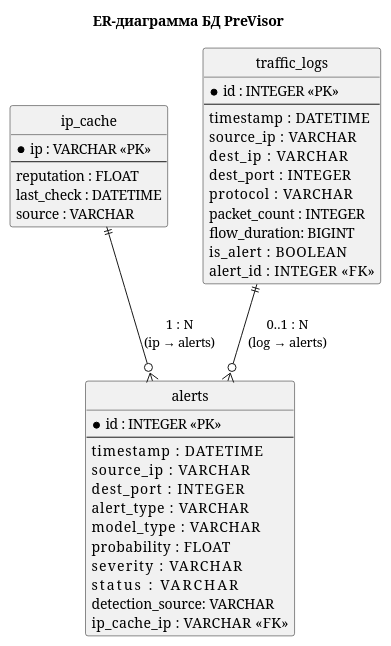
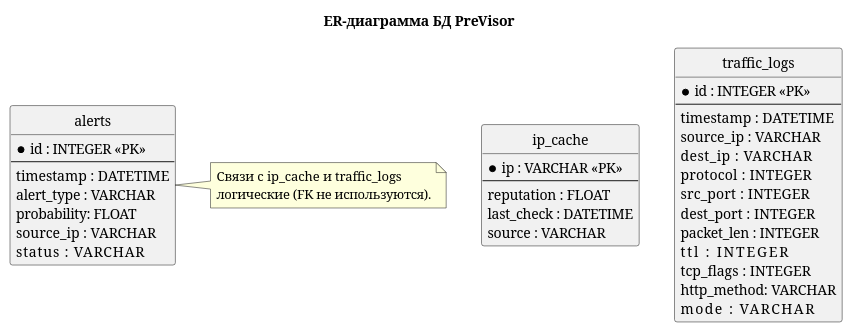
Before and after one commit to k00000tek/previsor: the diagram in static/erd.puml, drawn with PlantUML. The commit also changed 31 other files, not shown here.

```diff
--- a/static/erd.puml
+++ b/static/erd.puml
@@ -1,63 +1,53 @@
 @startuml
 title ER-диаграмма БД PreVisor
 
-' Стиль (по желанию)
 hide circle
 hide methods
 hide stereotypes
 
 skinparam entity {
   BackgroundColor White
   BorderColor #555555
   FontColor #111111
 }
-
-' === Сущности ===
 
 entity "ip_cache" as IPCache {
   * ip : VARCHAR <<PK>>
   --
   reputation : FLOAT
   last_check : DATETIME
   source : VARCHAR
 }
 
 entity "alerts" as Alerts {
   * id : INTEGER <<PK>>
   --
-  timestamp       : DATETIME
-  source_ip       : VARCHAR
-  dest_port       : INTEGER
-  alert_type      : VARCHAR
-  model_type      : VARCHAR
-  probability     : FLOAT
-  severity        : VARCHAR
-  status          : VARCHAR
-  detection_source: VARCHAR
-  ip_cache_ip     : VARCHAR <<FK>>
+  timestamp  : DATETIME
+  alert_type : VARCHAR
+  probability: FLOAT
+  source_ip  : VARCHAR
+  status     : VARCHAR
 }
 
 entity "traffic_logs" as TrafficLogs {
   * id : INTEGER <<PK>>
   --
-  timestamp    : DATETIME
-  source_ip    : VARCHAR
-  dest_ip      : VARCHAR
-  dest_port    : INTEGER
-  protocol     : VARCHAR
-  packet_count : INTEGER
-  flow_duration: BIGINT
-  is_alert     : BOOLEAN
-  alert_id     : INTEGER <<FK>>
+  timestamp  : DATETIME
+  source_ip  : VARCHAR
+  dest_ip    : VARCHAR
+  protocol   : INTEGER
+  src_port   : INTEGER
+  dest_port  : INTEGER
+  packet_len : INTEGER
+  ttl        : INTEGER
+  tcp_flags  : INTEGER
+  http_method: VARCHAR
+  mode       : VARCHAR
 }
 
-' === Связи ===
-IPCache ||--o{ Alerts : "1 : N\n(ip → alerts)"
-TrafficLogs ||--o{ Alerts : "0..1 : N\n(log → alerts)"
-
-' Пояснение:
-' - ip_cache.ip      ↔ alerts.ip_cache_ip
-' - alerts.id        ↔ traffic_logs.alert_id (если запись лога породила алерт)
-' - source_ip в alerts и traffic_logs дублируется для удобства фильтрации
+note right of Alerts
+Связи с ip_cache и traffic_logs
+логические (FK не используются).
+end note
 
 @enduml
```
